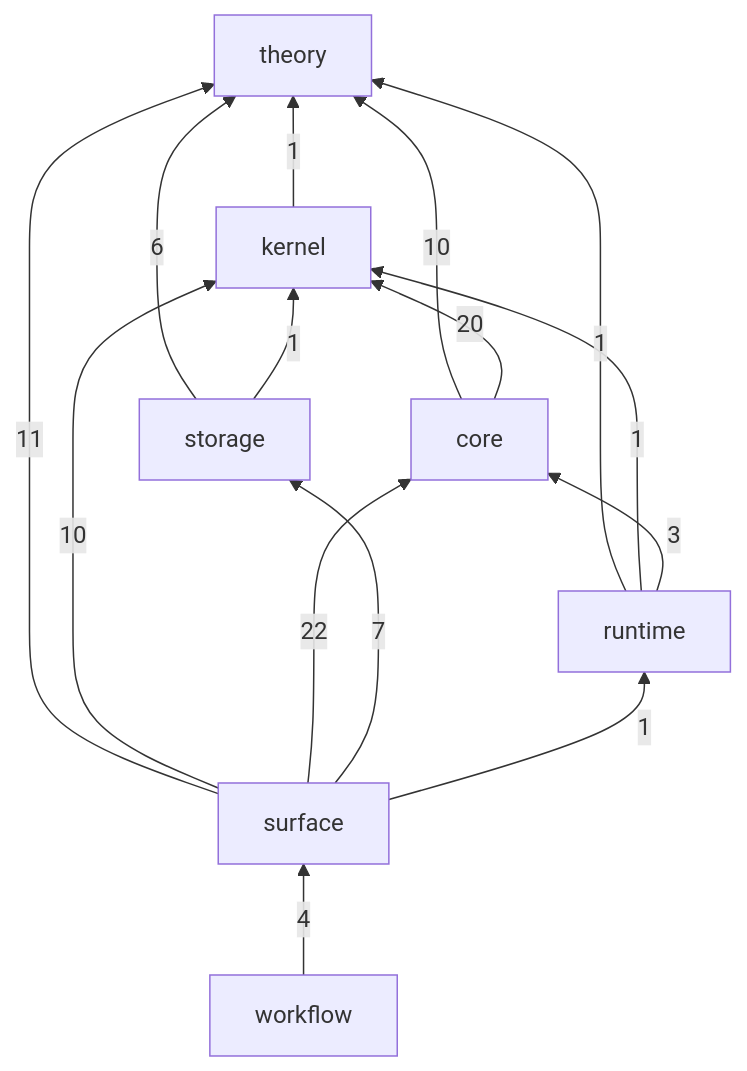
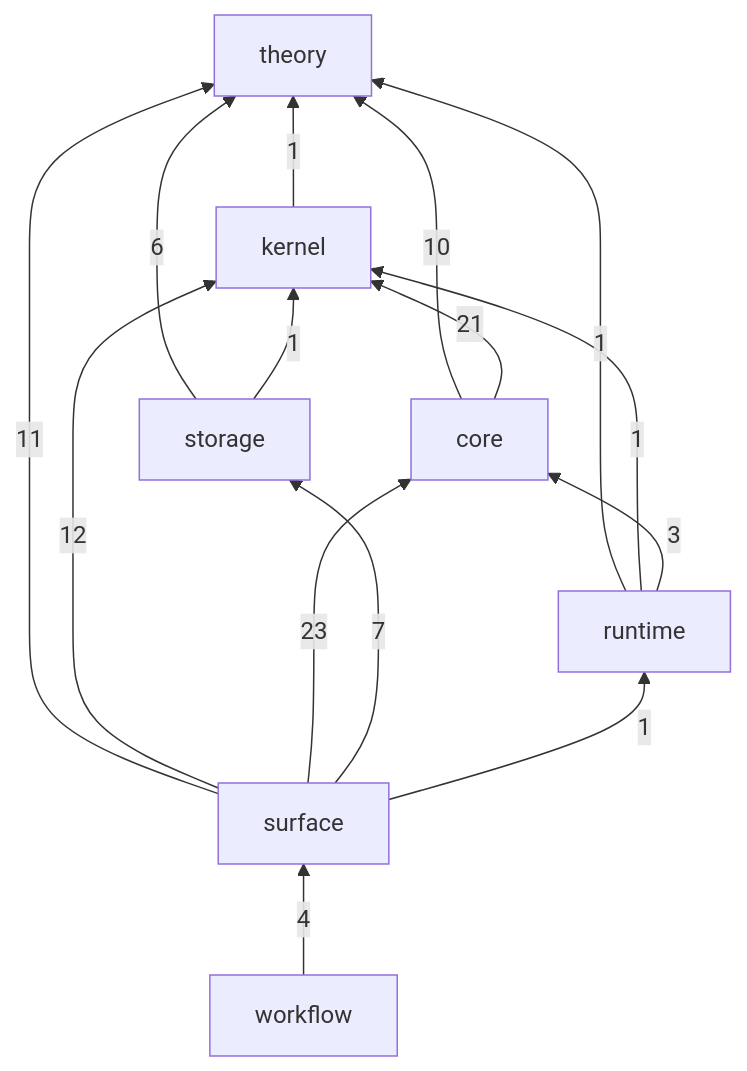
The first of 2 diagrams in crates/README.md (gandr-lang/gandr), drawn with Mermaid before and after one commit. The commit also changed 44 other files, not shown here.

````diff
--- a/crates/README.md
+++ b/crates/README.md
@@ -30,24 +30,24 @@
 ```mermaid
 flowchart BT
   theory
   kernel
   core
   storage
   runtime
   surface
   workflow
   kernel -->|1| theory
   core -->|10| theory
-  core -->|20| kernel
+  core -->|21| kernel
   storage -->|6| theory
   storage -->|1| kernel
   runtime -->|1| theory
   runtime -->|1| kernel
   runtime -->|3| core
   surface -->|11| theory
-  surface -->|10| kernel
-  surface -->|22| core
+  surface -->|12| kernel
+  surface -->|23| core
   surface -->|7| storage
   surface -->|1| runtime
   workflow -->|4| surface
 ```
````
